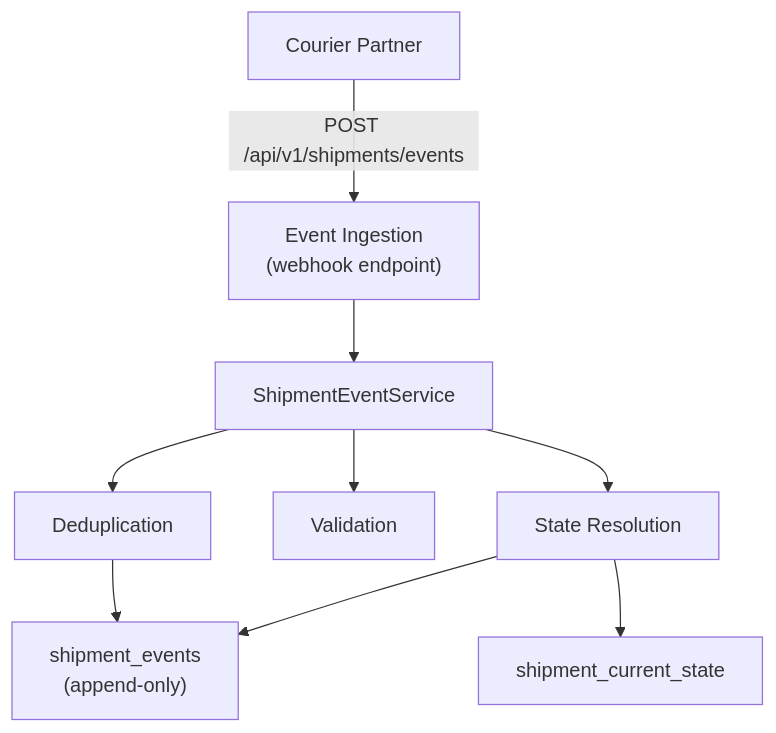
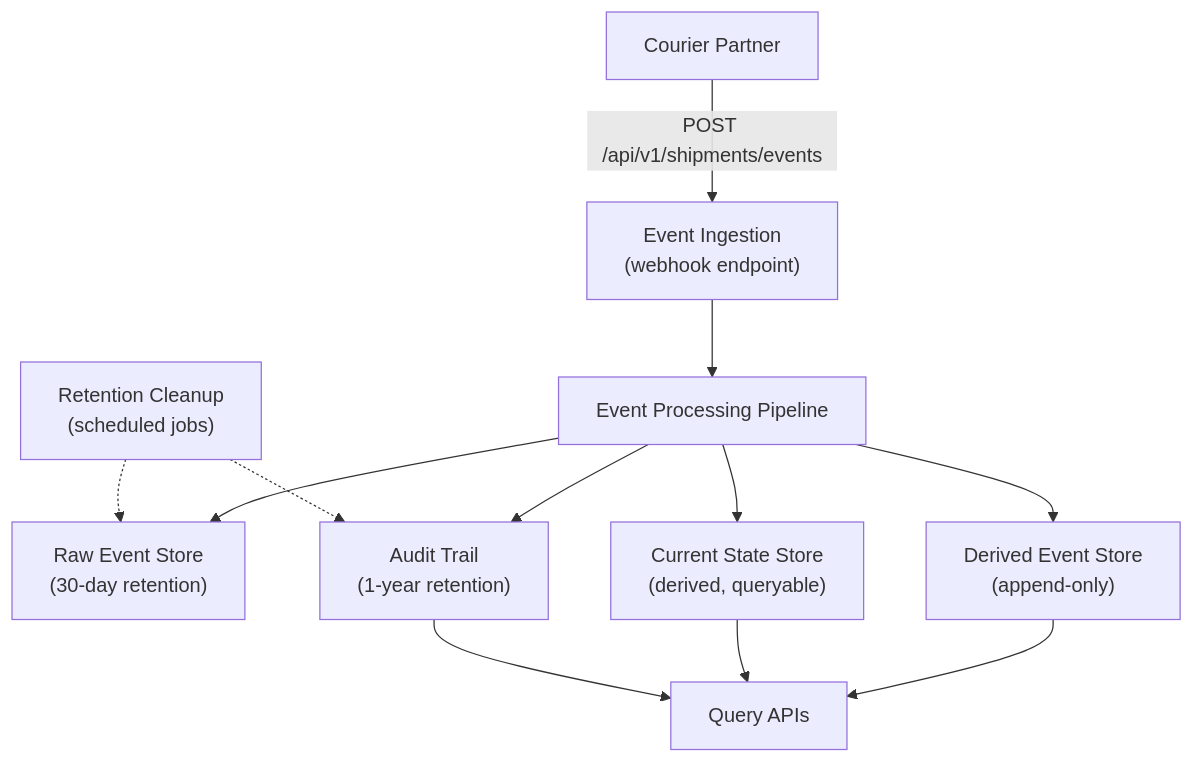
The first of 2 diagrams in README.md (JanVDL1975/accso-tech-assessment), drawn with Mermaid before and after one commit. The commit also changed other lines of this file and 1 other file, not shown here.

````diff
--- a/README.md
+++ b/README.md
@@ -23,20 +21,24 @@
 ```mermaid
 graph TD
     Courier["Courier Partner"]
     IE["Event Ingestion<br/>(webhook endpoint)"]
-    ES["ShipmentEventService"]
-    DD["Deduplication"]
-    VAL["Validation"]
-    SR["State Resolution"]
-    EV["shipment_events<br/>(append-only)"]
-    CS["shipment_current_state"]
+    EP["Event Processing Pipeline"]
+    RE["Raw Event Store<br/>(30-day retention)"]
+    DE["Derived Event Store<br/>(append-only)"]
+    CS["Current State Store<br/>(derived, queryable)"]
+    AT["Audit Trail<br/>(1-year retention)"]
+    RC["Retention Cleanup<br/>(scheduled jobs)"]
+    QA["Query APIs"]
 
     Courier -->|POST /api/v1/shipments/events| IE
-    IE --> ES
-    ES --> DD
-    ES --> VAL
-    ES --> SR
-    DD --> EV
-    SR --> EV
-    SR --> CS
+    IE --> EP
+    EP --> RE
+    EP --> DE
+    EP --> CS
+    EP --> AT
+    RC -.-> RE
+    RC -.-> AT
+    DE --> QA
+    CS --> QA
+    AT --> QA
 ```
````
